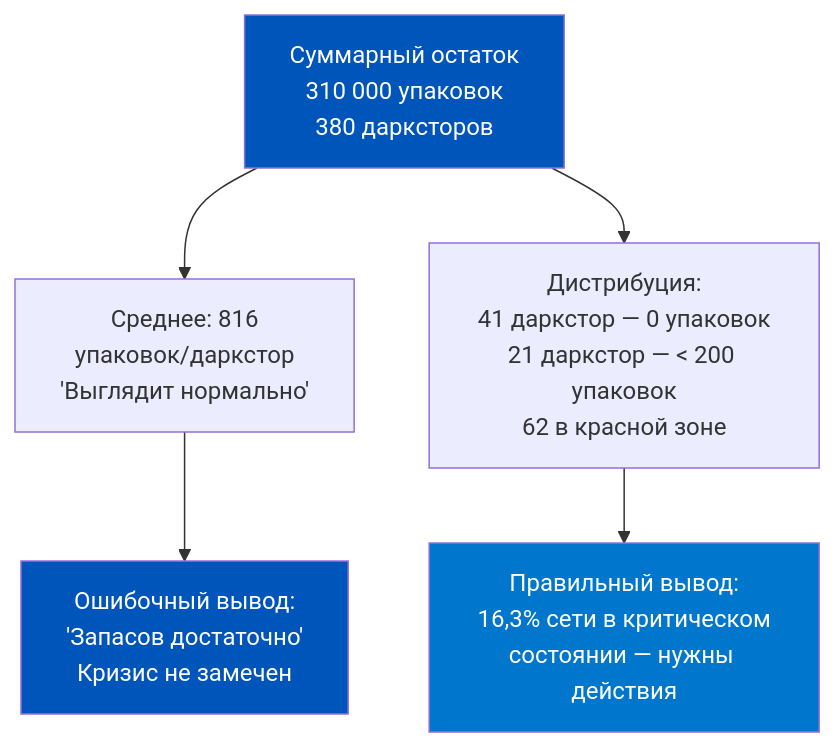
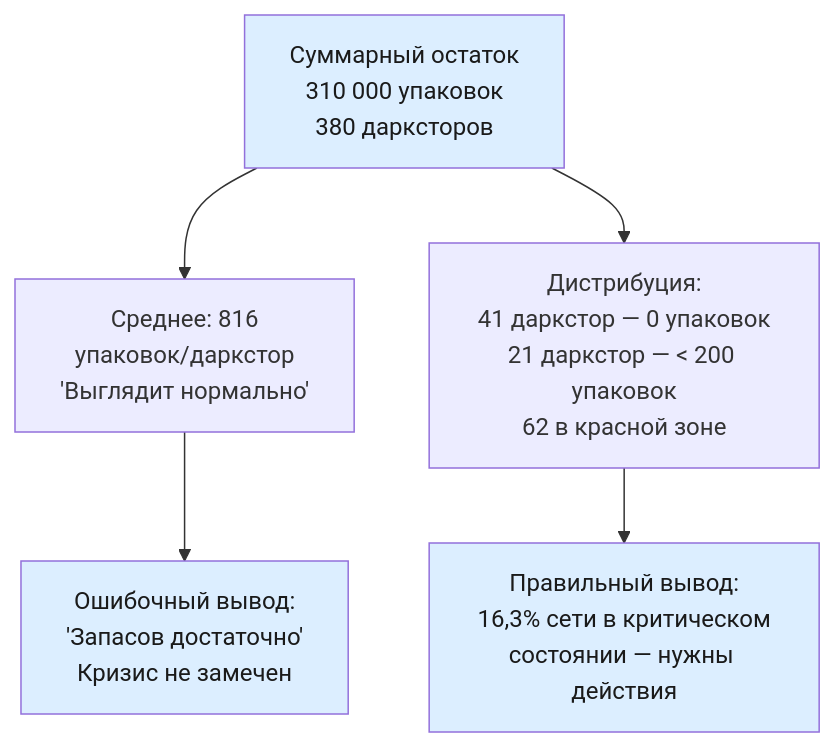
One commit to murad1986/1c-erp-quartz changed the second of 5 diagrams in content/1c-erp/week_3/Неделя 3 - День 7 - История дефицита.md. Above: the diagram before and after it, drawn with Mermaid. The commit also changed other lines of this file and 57 other files, not shown here.

First line of the commit message:
fix: Mermaid — пастельные цвета в источниках диаграмм (56 файлов)

````diff
--- a/content/1c-erp/week_3/Неделя 3 - День 7 - История дефицита.md
+++ b/content/1c-erp/week_3/Неделя 3 - День 7 - История дефицита.md
@@ -166,11 +166,11 @@
 ```mermaid
 flowchart TD
     A["Суммарный остаток<br/>310 000 упаковок<br/>380 дарксторов"] --> B["Среднее: 816<br/>упаковок/даркстор<br/>'Выглядит нормально'"]
     A --> C["Дистрибуция:<br/>41 даркстор — 0 упаковок<br/>21 даркстор — < 200 упаковок<br/>62 в красной зоне"]
     B --> D["Ошибочный вывод:<br/>'Запасов достаточно'<br/>Кризис не замечен"]
     C --> E["Правильный вывод:<br/>16,3% сети в критическом<br/>состоянии — нужны действия"]
 
-    style A fill:#0055BB,color:#fff
-    style D fill:#0055BB,color:#fff
-    style E fill:#0077CC,color:#fff
+    style A fill:#dceeff,color:#1a1a1a
+    style D fill:#dceeff,color:#1a1a1a
+    style E fill:#dceeff,color:#1a1a1a
 ```
````
